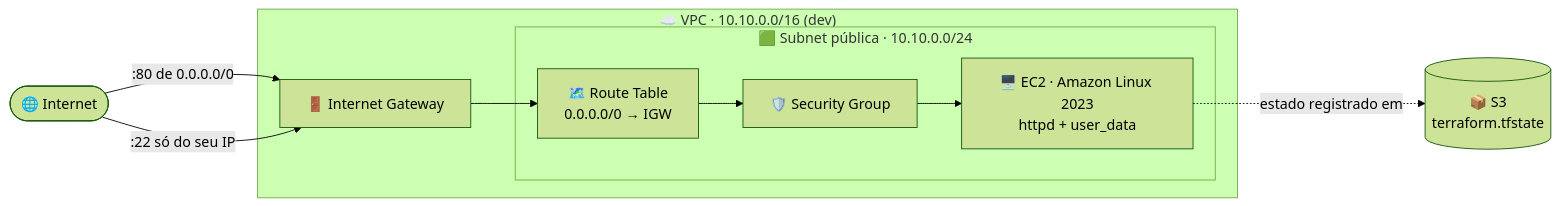
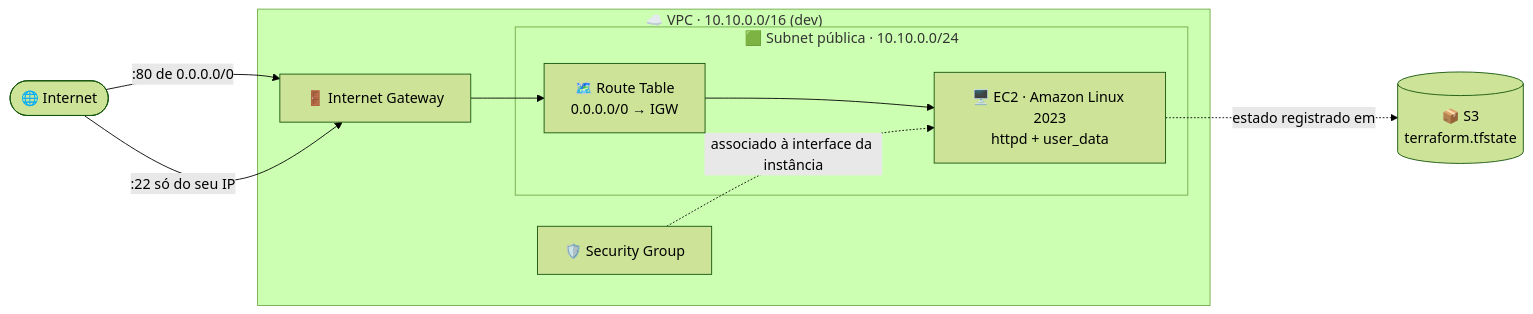
The first of 7 diagrams in README.md (weynne/cesar-school-pos-devops-iac), drawn with Mermaid (forest theme) before and after one commit. The commit also changed other lines of this file, not shown here.

````diff
--- a/README.md
+++ b/README.md
@@ -39,22 +42,22 @@
 ```mermaid
 flowchart LR
     User(["🌐 Internet"])
 
     subgraph VPC["☁️ VPC · 10.10.0.0/16 (dev)"]
         IGW["🚪 Internet Gateway"]
+        SG["🛡️ Security Group"]
         subgraph SN["🟩 Subnet pública · 10.10.0.0/24"]
             RT["🗺️ Route Table<br/>0.0.0.0/0 → IGW"]
-            SG["🛡️ Security Group"]
             EC2["🖥️ EC2 · Amazon Linux 2023<br/>httpd + user_data"]
         end
     end
 
     S3[("📦 S3<br/>terraform.tfstate")]
 
     User -->|":80 de 0.0.0.0/0"| IGW
     User -->|":22 só do seu IP"| IGW
     IGW --> RT
-    RT --> SG
-    SG --> EC2
+    RT --> EC2
+    SG -.->|associado à interface da instância| EC2
     EC2 -.->|estado registrado em| S3
 ```
````
